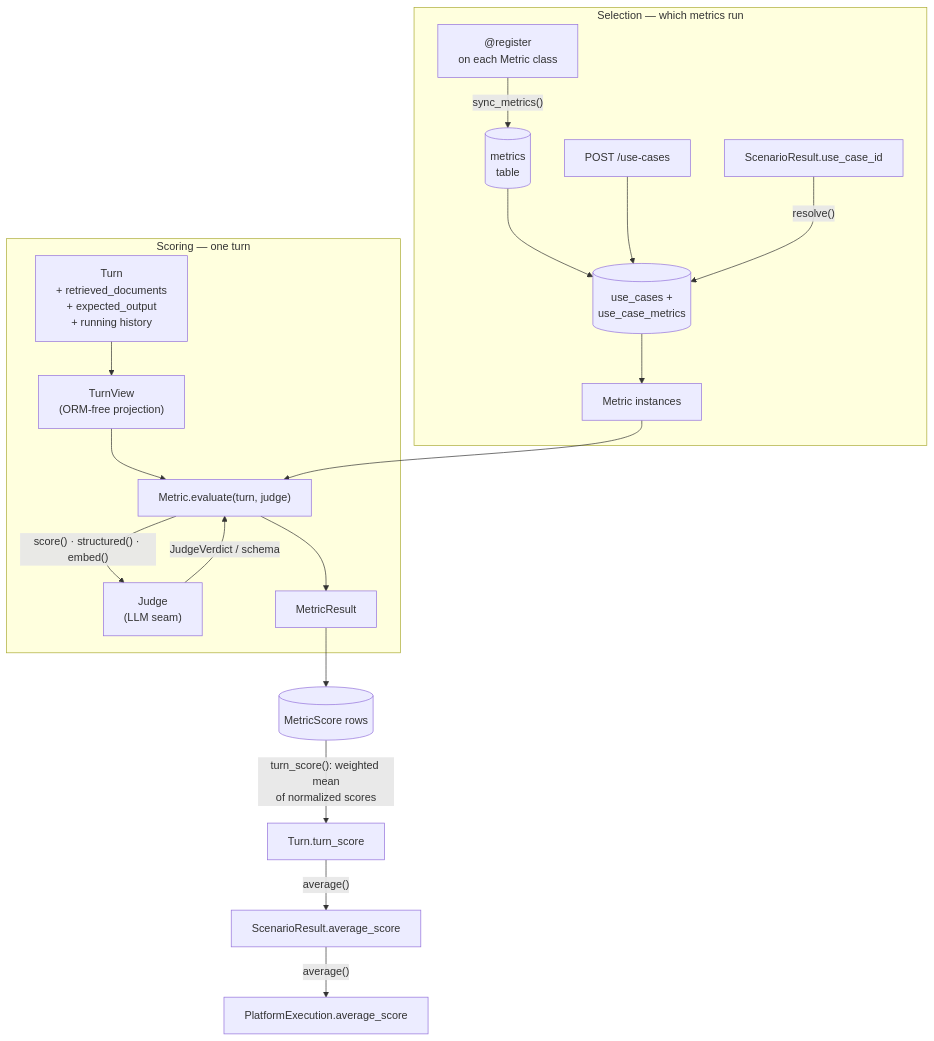
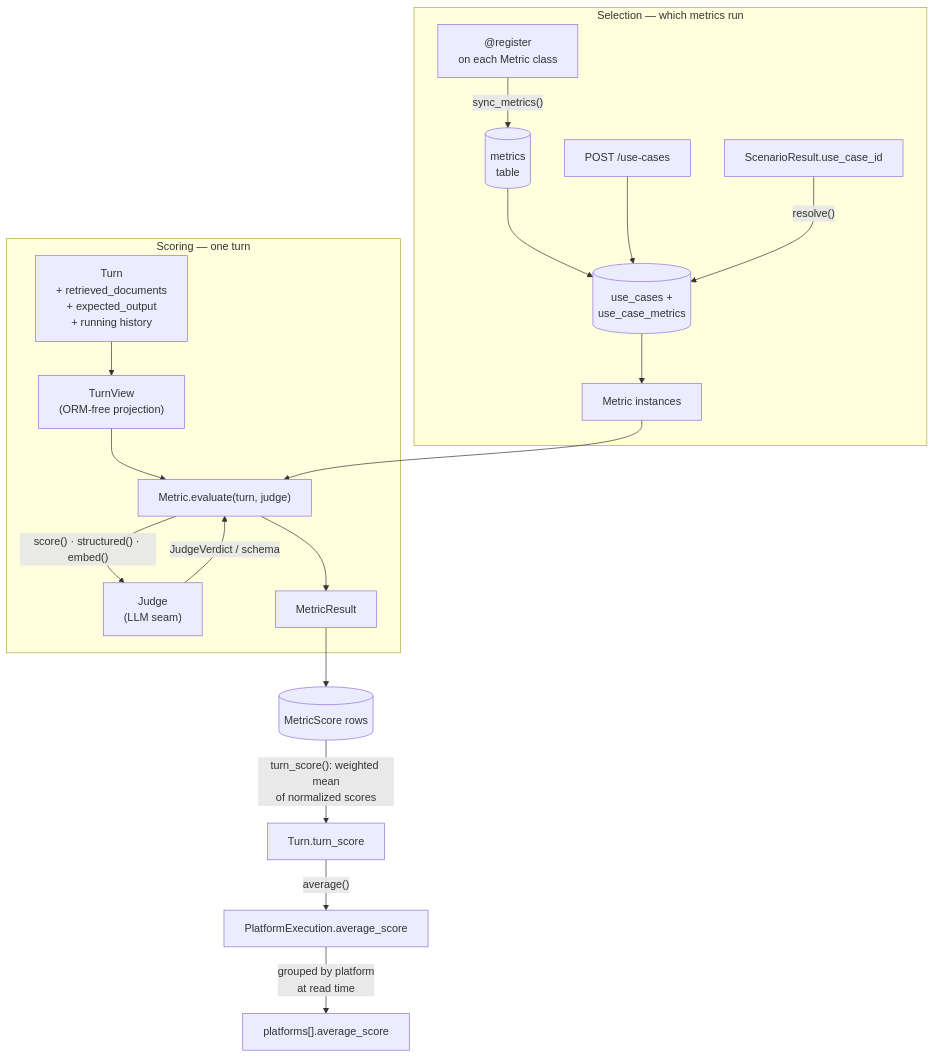
One commit to jmanuelc87/scorekeeper changed the diagram in docs/evaluation-metrics.md. Above: the diagram before and after it, drawn with Mermaid. The commit also changed other lines of this file and 38 other files, not shown here.

````diff
--- a/docs/evaluation-metrics.md
+++ b/docs/evaluation-metrics.md
@@ -17,34 +17,34 @@
 ```mermaid
 flowchart TD
     subgraph sel["Selection — which metrics run"]
         reg["@register<br/>on each Metric class"]
         cat[("metrics<br/>table")]
         api["POST /use-cases"]
         tbl[("use_cases +<br/>use_case_metrics")]
         uc["ScenarioResult.use_case_id"]
         inst["Metric instances"]
         reg -- "sync_metrics()" --> cat
         cat --> tbl
         api --> tbl
         uc -- "resolve()" --> tbl
         tbl --> inst
     end
 
     subgraph score["Scoring — one turn"]
         turn["Turn<br/>+ retrieved_documents<br/>+ expected_output<br/>+ running history"]
         view["TurnView<br/>(ORM-free projection)"]
         ev["Metric.evaluate(turn, judge)"]
         judge["Judge<br/>(LLM seam)"]
         res["MetricResult"]
         turn --> view --> ev
         ev -- "score() · structured() · embed()" --> judge
         judge -- "JudgeVerdict / schema" --> ev
         ev --> res
     end
 
     inst --> ev
     res --> rows[("MetricScore rows")]
     rows -- "turn_score(): weighted mean<br/>of normalized scores" --> ts["Turn.turn_score"]
-    ts -- "average()" --> sa["ScenarioResult.average_score"]
-    sa -- "average()" --> pa["PlatformExecution.average_score"]
+    ts -- "average()" --> pe["PlatformExecution.average_score"]
+    pe -- "grouped by platform<br/>at read time" --> pa["platforms[].average_score"]
 ```
````
